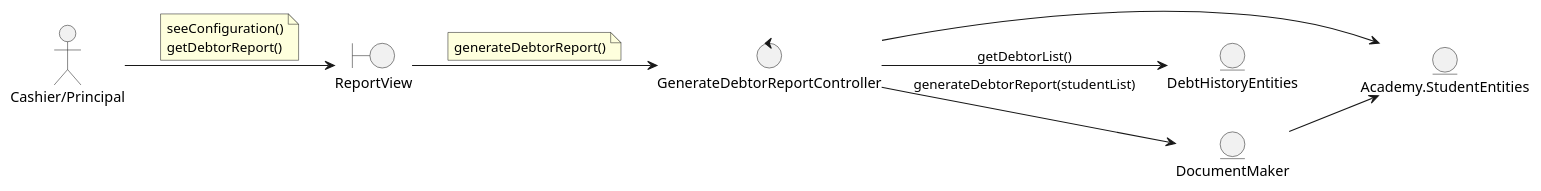
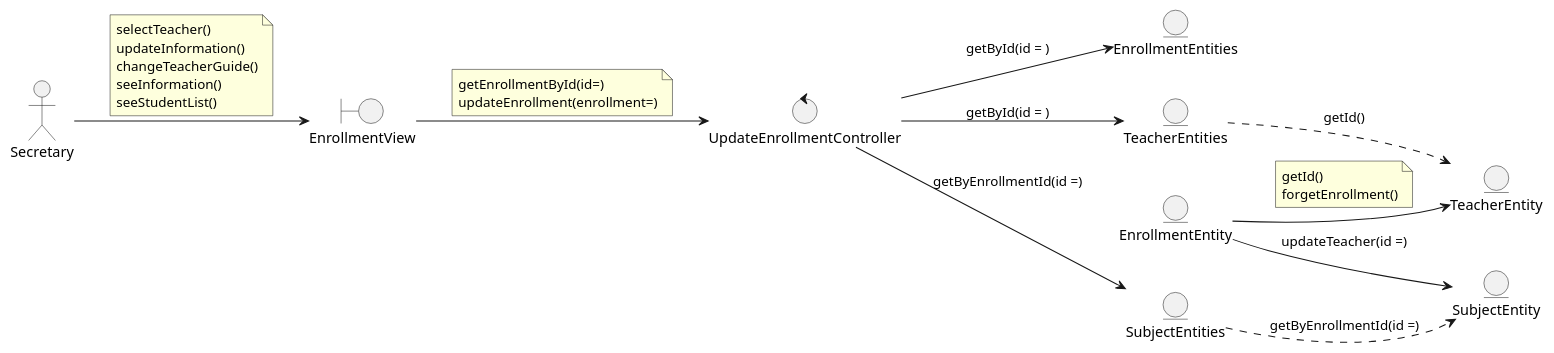
The diagram in DesignView/AnalysisView/UseCaseAnalysis/CU20.UpdateEnrollment/Collaboration.CU20.Analysis.puml (wsmcbl/wsmcbl.doc), drawn with PlantUML before and after one commit. The commit also changed 3 other files, not shown here.

```diff
--- a/DesignView/AnalysisView/UseCaseAnalysis/CU20.UpdateEnrollment/Collaboration.CU20.Analysis.puml
+++ b/DesignView/AnalysisView/UseCaseAnalysis/CU20.UpdateEnrollment/Collaboration.CU20.Analysis.puml
@@ -1,35 +1,49 @@
 @startuml
 left to right direction
 
-actor "Cashier/Principal"
+actor Secretary
 
-boundary ReportView
+boundary EnrollmentView
 
-control GenerateDebtorReportController
+control UpdateEnrollmentController
 
-entity Academy.StudentEntities
-entity DebtHistoryEntities
-entity DocumentMaker
+entity EnrollmentEntities
+entity TeacherEntities
+entity SubjectEntities
+entity EnrollmentEntity
+entity TeacherEntity
+entity SubjectEntity
 
 '--- Actor relations ---
-"Cashier/Principal" --> ReportView
+Secretary --> EnrollmentView
 note on link
-    seeConfiguration()
-    getDebtorReport()
+    selectTeacher()
+    updateInformation()
+    changeTeacherGuide()
+    seeInformation()
+    seeStudentList()
 end note
 
 '--- Views relations ---
-ReportView --> GenerateDebtorReportController
+EnrollmentView --> UpdateEnrollmentController
 note on link
-    generateDebtorReport()
+    getEnrollmentById(id=)
+    updateEnrollment(enrollment=)
 end note
 
 '--- Controllers relations ---
-GenerateDebtorReportController --> DocumentMaker : generateDebtorReport(studentList)
-GenerateDebtorReportController --> Academy.StudentEntities
-GenerateDebtorReportController --> DebtHistoryEntities : getDebtorList()
+UpdateEnrollmentController --> EnrollmentEntities : getById(id = )
+UpdateEnrollmentController --> SubjectEntities : getByEnrollmentId(id =)
+UpdateEnrollmentController --> TeacherEntities : getById(id = )
 
 '--- Entity relations ---
-DocumentMaker --> Academy.StudentEntities
+TeacherEntities ..> TeacherEntity : getId()
+SubjectEntities ..> SubjectEntity : getByEnrollmentId(id =)
 
+EnrollmentEntity --> TeacherEntity
+note on link
+    getId()
+    forgetEnrollment()
+end note
+EnrollmentEntity --> SubjectEntity : updateTeacher(id =)
 @enduml
```
